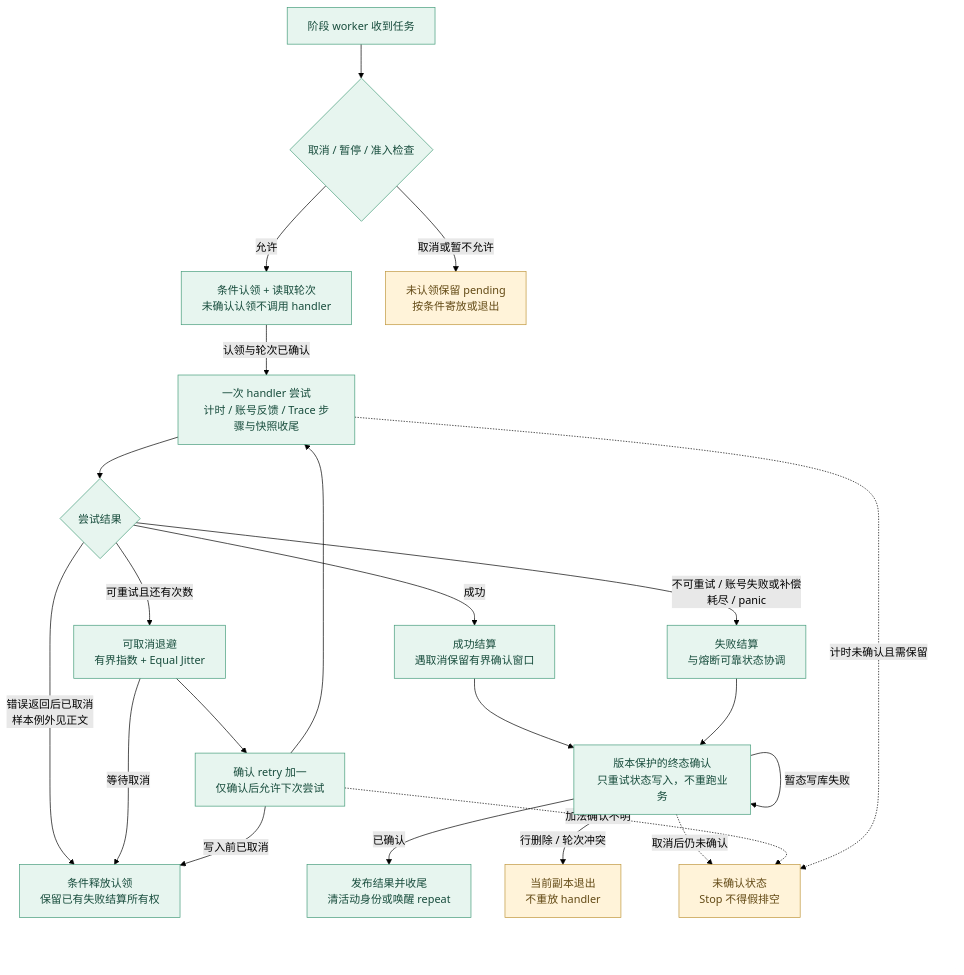
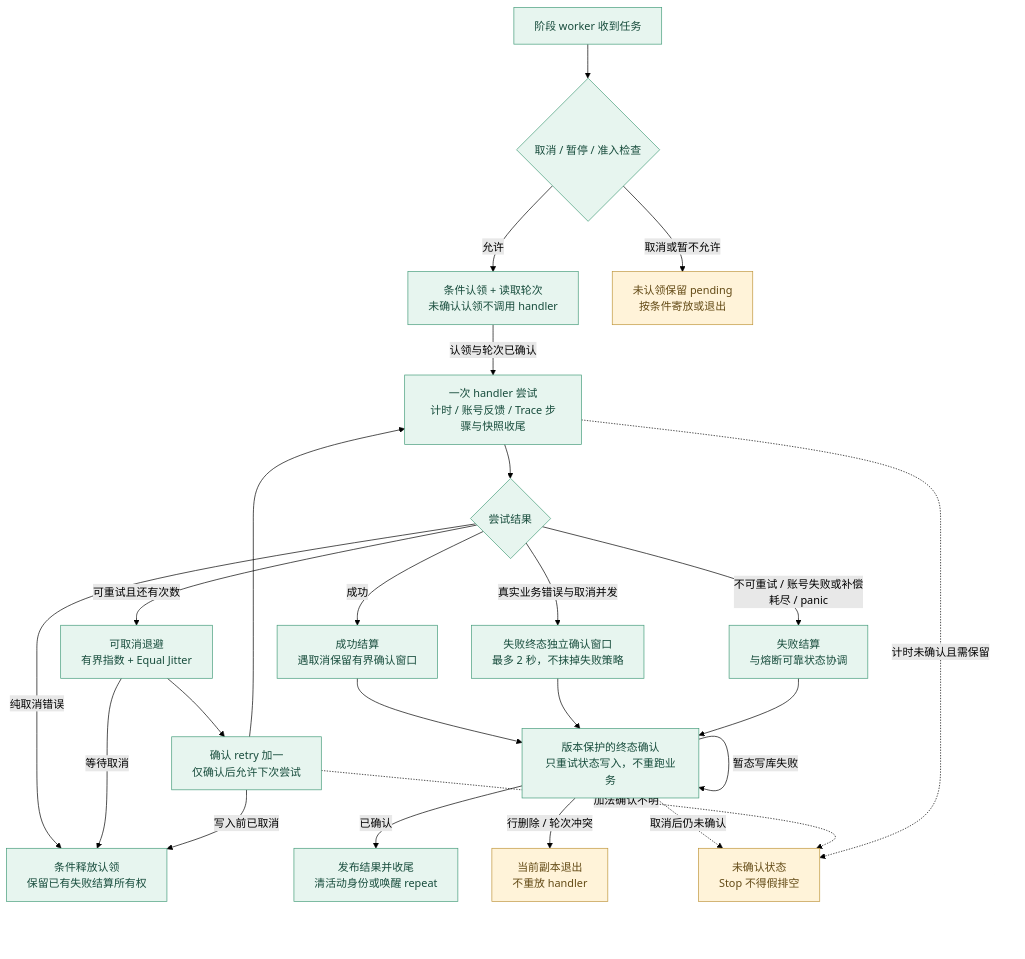
The diagram in docs/assets/diagrams/09-engine-execution.mmd (ydtg1993/papa), drawn with Mermaid (forest theme) before and after one commit. The commit also changed 52 other files, not shown here.

```diff
--- a/docs/assets/diagrams/09-engine-execution.mmd
+++ b/docs/assets/diagrams/09-engine-execution.mmd
@@ -1,25 +1,27 @@
 flowchart TB
     A["阶段 worker 收到任务"] --> B{"取消 / 暂停 / 准入检查"}
     B -->|允许| C["条件认领 + 读取轮次<br/>未确认认领不调用 handler"]
     B -->|取消或暂不允许| K["未认领保留 pending<br/>按条件寄放或退出"]
     C -->|认领与轮次已确认| H["一次 handler 尝试<br/>计时 / 账号反馈 / Trace 步骤与快照收尾"]
     H --> J{"尝试结果"}
     J -->|可重试且还有次数| D["可取消退避<br/>有界指数 + Equal Jitter"]
     D --> I["确认 retry 加一<br/>仅确认后允许下次尝试"] --> H
     J -->|成功| S["成功结算<br/>遇取消保留有界确认窗口"]
     J -->|不可重试 / 账号失败或补偿<br/>耗尽 / panic| F["失败结算<br/>与熔断可靠状态协调"]
-    J -->|错误返回后已取消<br/>样本例外见正文| R["条件释放认领<br/>保留已有失败结算所有权"]
+    J -->|纯取消错误| R["条件释放认领<br/>保留已有失败结算所有权"]
     S --> P["版本保护的终态确认<br/>只重试状态写入，不重跑业务"]
+    J -->|真实业务错误与取消并发| Q["失败终态独立确认窗口<br/>最多 2 秒，不抹掉失败策略"]
+    Q --> P
     F --> P
     P -->|暂态写库失败| P
     P -->|已确认| T["发布结果并收尾<br/>清活动身份或唤醒 repeat"]
     P -->|行删除 / 轮次冲突| EXIT["当前副本退出<br/>不重放 handler"]
     P -.->|取消后仍未确认| U["未确认状态<br/>Stop 不得假排空"]
     I -.->|加法确认不明| U
     H -.->|计时未确认且需保留| U
     D -->|等待取消| R
     I -->|写入前已取消| R
     classDef runtime fill:#e7f5ef,color:#174c3c,stroke:#449c7a;
     classDef observe fill:#fff3d9,color:#634a15,stroke:#bf963b;
-    class A,B,C,H,J,D,I,S,F,P,R,T runtime;
+    class A,B,C,H,J,D,I,S,F,P,Q,R,T runtime;
     class K,U,EXIT observe;
```
